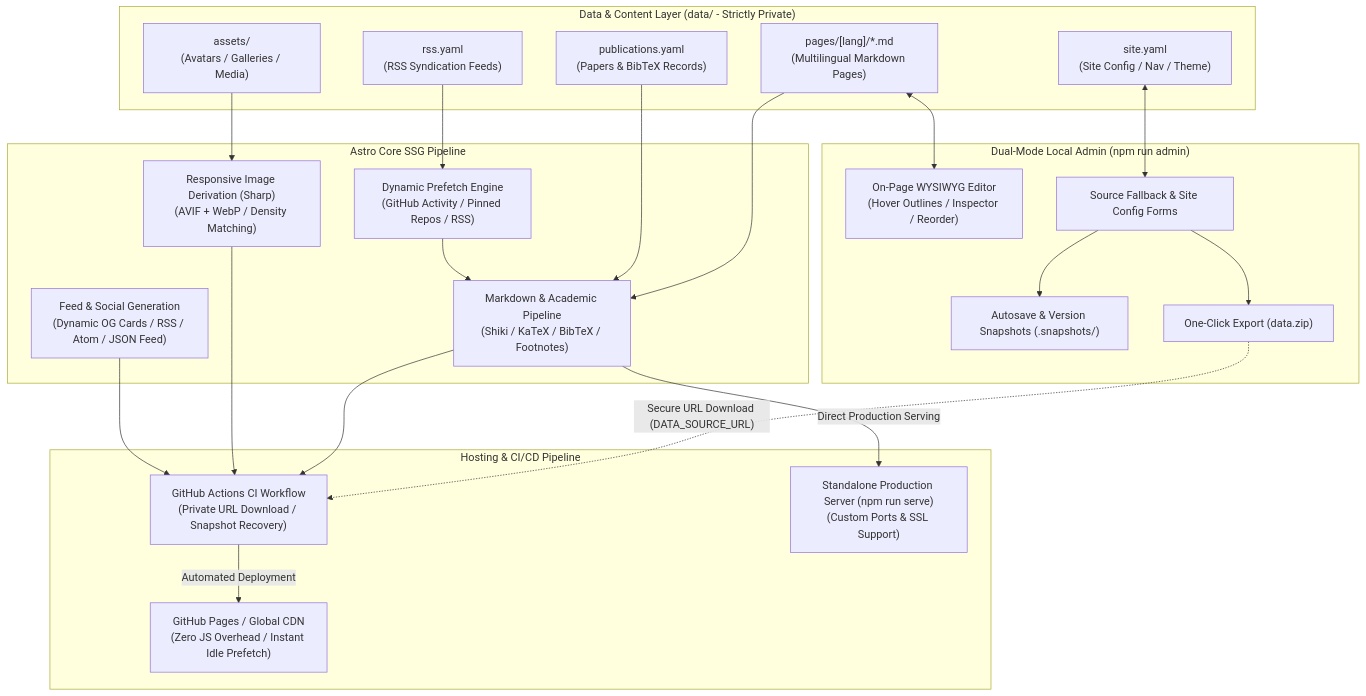
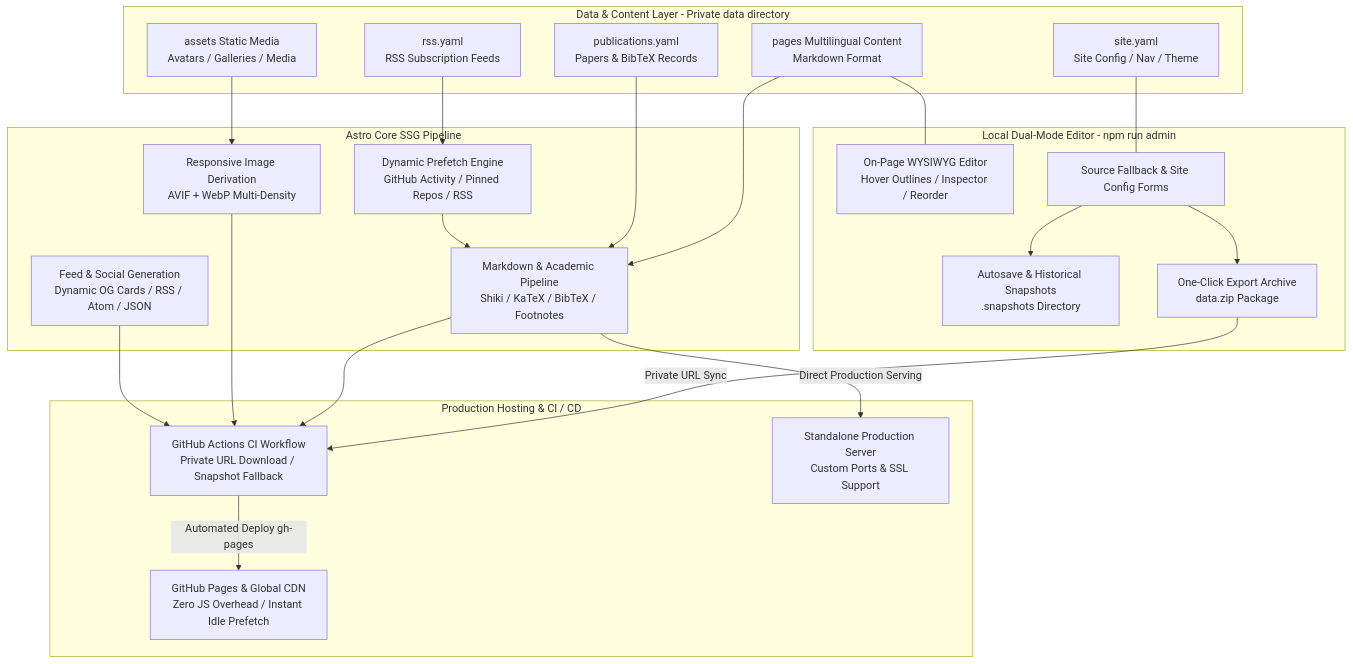
The diagram in README.md (stlin256/OpenHomepage-V2), drawn with Mermaid before and after one commit. The commit also changed 1 other file, not shown here.

Commit message:
fix(docs): 彻底修复 GitHub Mermaid 语法（移除双向箭头与特殊符号）

````diff
--- a/README.md
+++ b/README.md
@@ -322,47 +322,47 @@
 ```mermaid
 flowchart TD
-    subgraph DataGroup["Data & Content Layer (data/ - Strictly Private)"]
-        SiteYAML["site.yaml<br/>(Site Config / Nav / Theme)"]
-        PagesMD["pages/[lang]/*.md<br/>(Multilingual Markdown Pages)"]
-        PubsYAML["publications.yaml<br/>(Papers & BibTeX Records)"]
-        RssYAML["rss.yaml<br/>(RSS Syndication Feeds)"]
-        MediaAssets["assets/<br/>(Avatars / Galleries / Media)"]
+    subgraph DataLayer ["Data & Content Layer - Private data directory"]
+        SiteConfig["site.yaml<br/>Site Config / Nav / Theme"]
+        PagesContent["pages Multilingual Content<br/>Markdown Format"]
+        PubsData["publications.yaml<br/>Papers & BibTeX Records"]
+        RssConfig["rss.yaml<br/>RSS Subscription Feeds"]
+        MediaAssets["assets Static Media<br/>Avatars / Galleries / Media"]
     end
 
-    subgraph AdminGroup["Dual-Mode Local Admin (npm run admin)"]
-        WYSIWYG["On-Page WYSIWYG Editor<br/>(Hover Outlines / Inspector / Reorder)"]
+    subgraph EditorAdmin ["Local Dual-Mode Editor - npm run admin"]
+        WYSIWYG["On-Page WYSIWYG Editor<br/>Hover Outlines / Inspector / Reorder"]
         SourceEditor["Source Fallback & Site Config Forms"]
-        Snapshots["Autosave & Version Snapshots (.snapshots/)"]
-        ExportZip["One-Click Export (data.zip)"]
+        Snapshots["Autosave & Historical Snapshots<br/>.snapshots Directory"]
+        ExportZip["One-Click Export Archive<br/>data.zip Package"]
     end
 
-    subgraph BuildGroup["Astro Core SSG Pipeline"]
-        PrefetchEngine["Dynamic Prefetch Engine<br/>(GitHub Activity / Pinned Repos / RSS)"]
-        MarkdownEngine["Markdown & Academic Pipeline<br/>(Shiki / KaTeX / BibTeX / Footnotes)"]
-        ImageEngine["Responsive Image Derivation (Sharp)<br/>(AVIF + WebP / Density Matching)"]
-        SyndicationEngine["Feed & Social Generation<br/>(Dynamic OG Cards / RSS / Atom / JSON Feed)"]
+    subgraph BuildEngine ["Astro Core SSG Pipeline"]
+        PrefetchService["Dynamic Prefetch Engine<br/>GitHub Activity / Pinned Repos / RSS"]
+        MarkdownCompiler["Markdown & Academic Pipeline<br/>Shiki / KaTeX / BibTeX / Footnotes"]
+        ImageOptimizer["Responsive Image Derivation<br/>AVIF + WebP Multi-Density"]
+        SiteFeeds["Feed & Social Generation<br/>Dynamic OG Cards / RSS / Atom / JSON"]
     end
 
-    subgraph DeployGroup["Hosting & CI/CD Pipeline"]
-        GHActions["GitHub Actions CI Workflow<br/>(Private URL Download / Snapshot Recovery)"]
-        GHPages["GitHub Pages / Global CDN<br/>(Zero JS Overhead / Instant Idle Prefetch)"]
-        ServerHost["Standalone Production Server (npm run serve)<br/>(Custom Ports & SSL Support)"]
+    subgraph DeployEngine ["Production Hosting & CI / CD"]
+        GHActions["GitHub Actions CI Workflow<br/>Private URL Download / Snapshot Fallback"]
+        GHPages["GitHub Pages & Global CDN<br/>Zero JS Overhead / Instant Idle Prefetch"]
+        ServerHost["Standalone Production Server<br/>Custom Ports & SSL Support"]
     end
 
-    %% Flow relationships
-    SiteYAML <--> SourceEditor
-    PagesMD <--> WYSIWYG
+    %% Flow Relationships
+    SiteConfig --- SourceEditor
+    PagesContent --- WYSIWYG
     SourceEditor --> Snapshots
     SourceEditor --> ExportZip
-    ExportZip -.->|"Secure URL Download (DATA_SOURCE_URL)"| GHActions
-    PagesMD --> MarkdownEngine
-    PubsYAML --> MarkdownEngine
-    RssYAML --> PrefetchEngine
-    MediaAssets --> ImageEngine
-    PrefetchEngine --> MarkdownEngine
-    MarkdownEngine --> GHActions
-    ImageEngine --> GHActions
-    SyndicationEngine --> GHActions
-    GHActions -->|"Automated Deployment"| GHPages
-    MarkdownEngine -->|"Direct Production Serving"| ServerHost
+    ExportZip -->|Private URL Sync| GHActions
+    PagesContent --> MarkdownCompiler
+    PubsData --> MarkdownCompiler
+    RssConfig --> PrefetchService
+    MediaAssets --> ImageOptimizer
+    PrefetchService --> MarkdownCompiler
+    MarkdownCompiler --> GHActions
+    ImageOptimizer --> GHActions
+    SiteFeeds --> GHActions
+    GHActions -->|Automated Deploy gh-pages| GHPages
+    MarkdownCompiler -->|Direct Production Serving| ServerHost
 ```
````
